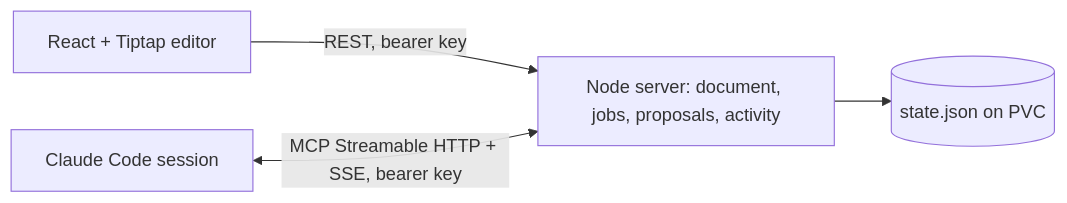
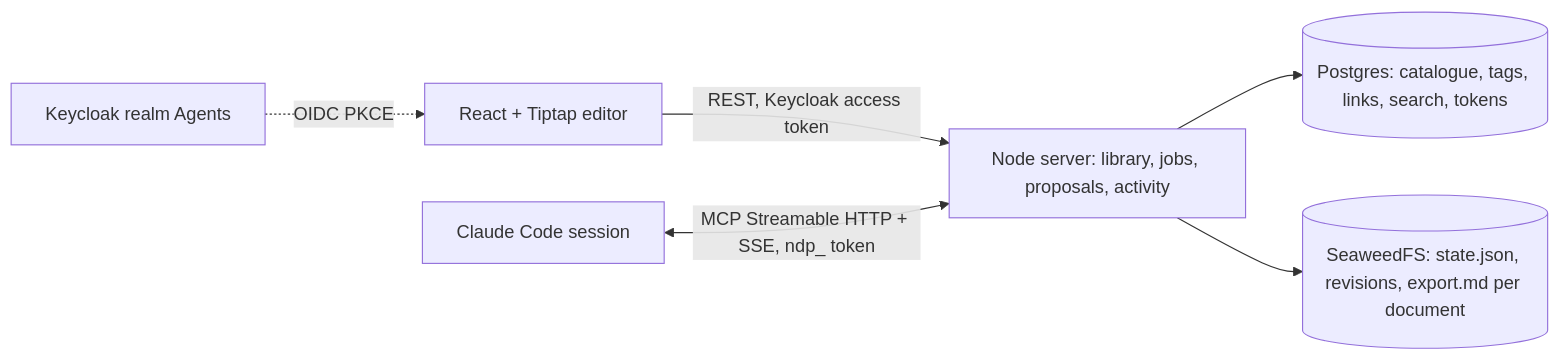
The second of 2 diagrams in README.md (andyjmorgan/notebook-duplex), drawn with Mermaid before and after one commit. The commit also changed other lines of this file and 18 other files, not shown here.

First line of the commit message:
Library server: Postgres catalogue, S3 documents, Keycloak identity, agent tokens

````diff
--- a/README.md
+++ b/README.md
@@ -71,6 +86,8 @@
 ```mermaid
 flowchart LR
-    Browser[React + Tiptap editor] -->|REST, bearer key| Server
-    Claude[Claude Code session] <-->|MCP Streamable HTTP + SSE, bearer key| Server
-    Server[Node server: document, jobs, proposals, activity] --> Disk[(state.json on PVC)]
+    Browser[React + Tiptap editor] -->|REST, Keycloak access token| Server
+    Claude[Claude Code session] <-->|MCP Streamable HTTP + SSE, ndp_ token| Server
+    Keycloak[Keycloak realm Agents] -.->|OIDC PKCE| Browser
+    Server[Node server: library, jobs, proposals, activity] --> PG[(Postgres: catalogue, tags, links, search, tokens)]
+    Server --> S3[(SeaweedFS: state.json, revisions, export.md per document)]
 ```
````
